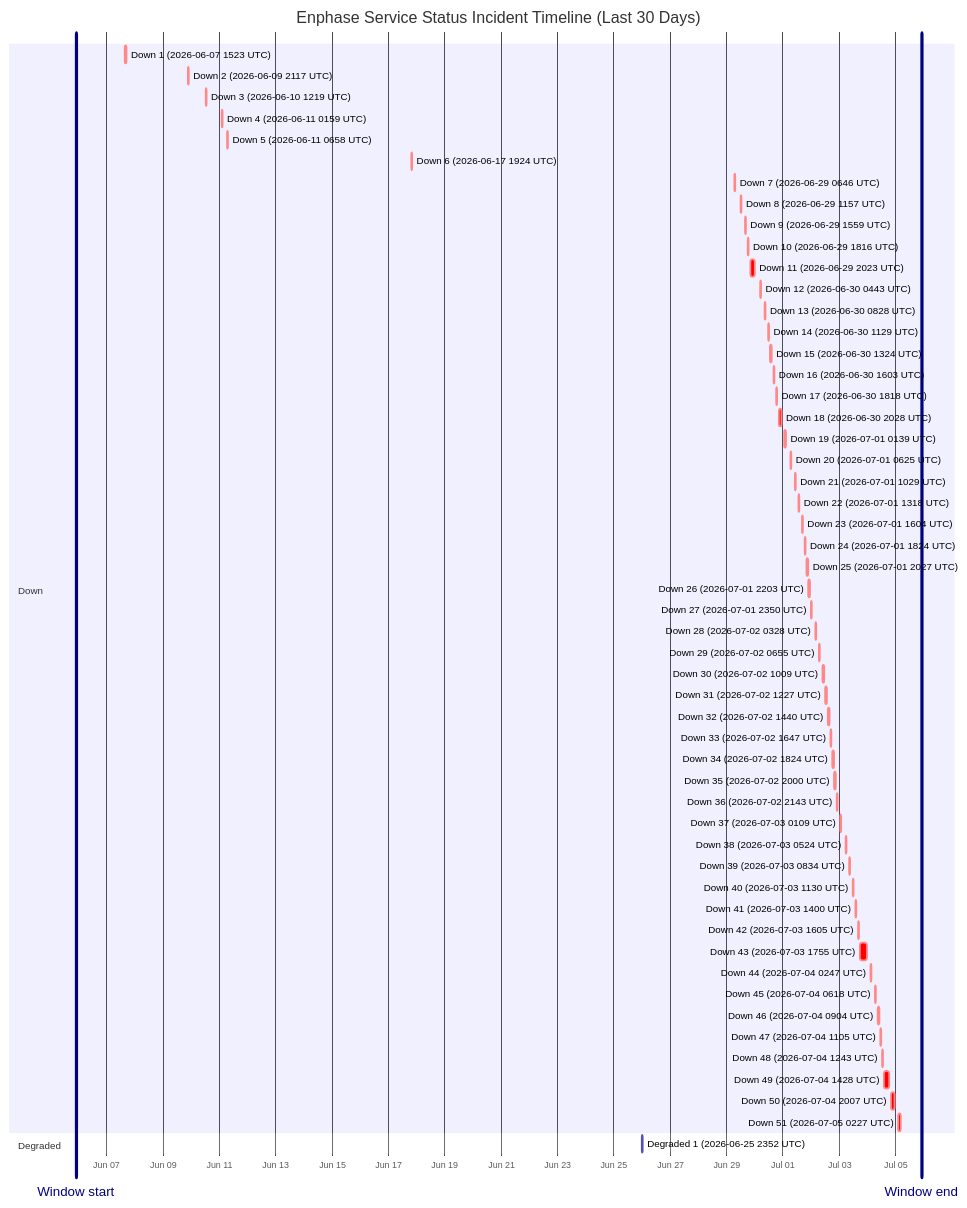
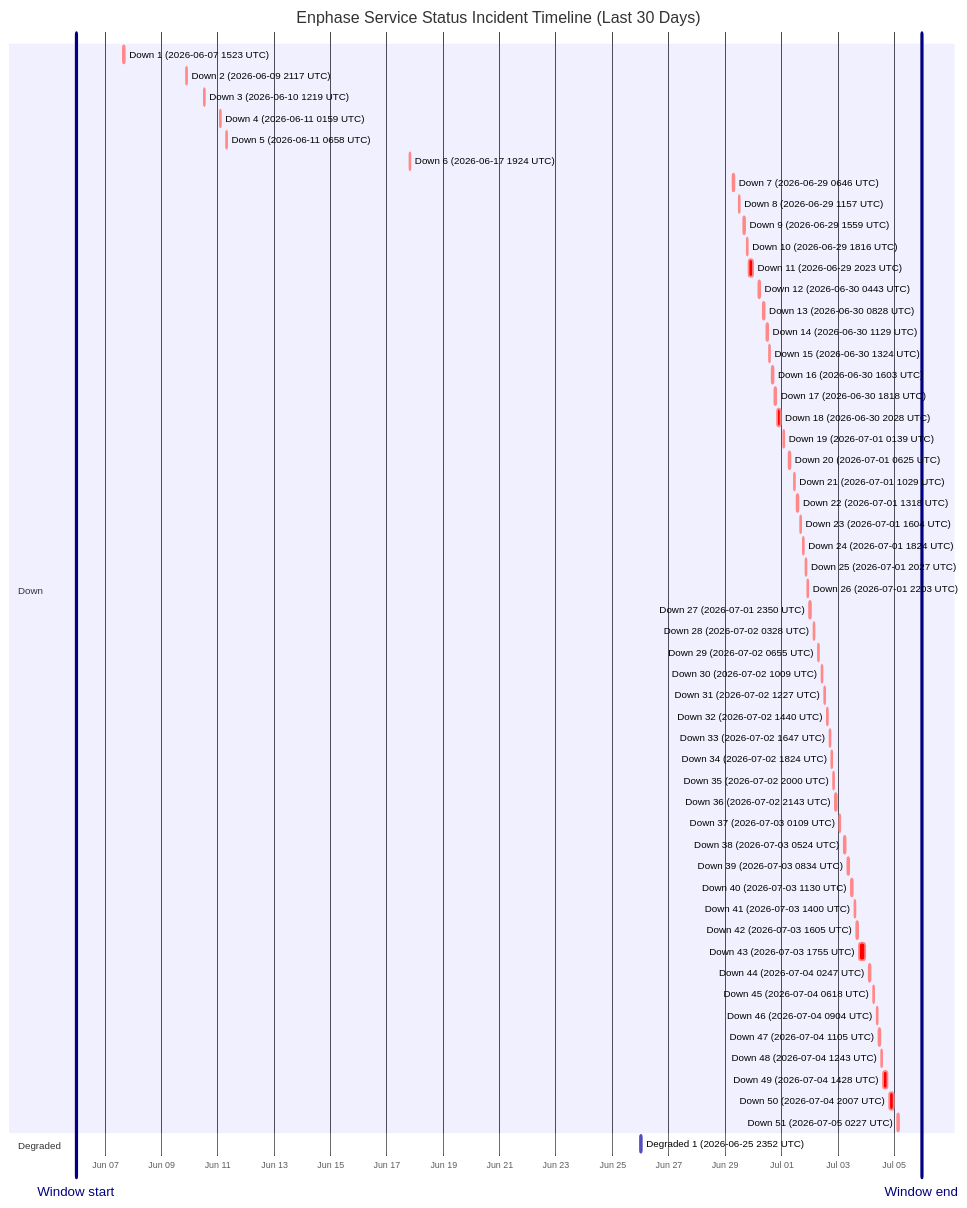
One commit to barneyonline/ha-enphase-energy changed the diagram in wiki/Service-Status-History.md. Above: the diagram before and after it, drawn with Mermaid. The commit also changed other lines of this file and 3 other files, not shown here.

````diff
--- a/wiki/Service-Status-History.md
+++ b/wiki/Service-Status-History.md
@@ -14,62 +14,62 @@
 ```mermaid
 gantt
     title Enphase Service Status Incident Timeline (Last 30 Days)
     dateFormat  YYYY-MM-DDTHH:mm:ss
     axisFormat  %b %d
-    Window start :vert, window-start, 2026-06-05T22:00:03, 0ms
-    Window end :vert, window-end, 2026-07-05T22:00:03, 0ms
+    Window start :vert, window-start, 2026-06-05T23:11:46, 0ms
+    Window end :vert, window-end, 2026-07-05T23:11:46, 0ms
     section Down
     Down 1 (2026-06-07 1523 UTC) :crit, down-1, 2026-06-07T15:23:22, 87m
     Down 2 (2026-06-09 2117 UTC) :crit, down-2, 2026-06-09T21:17:17, 60m
     Down 3 (2026-06-10 1219 UTC) :crit, down-3, 2026-06-10T12:19:21, 60m
     Down 4 (2026-06-11 0159 UTC) :crit, down-4, 2026-06-11T01:59:36, 60m
     Down 5 (2026-06-11 0658 UTC) :crit, down-5, 2026-06-11T06:58:45, 60m
     Down 6 (2026-06-17 1924 UTC) :crit, down-6, 2026-06-17T19:24:51, 60m
     Down 7 (2026-06-29 0646 UTC) :crit, down-7, 2026-06-29T06:46:18, 60m
     Down 8 (2026-06-29 1157 UTC) :crit, down-8, 2026-06-29T11:57:36, 60m
     Down 9 (2026-06-29 1559 UTC) :crit, down-9, 2026-06-29T15:59:02, 60m
     Down 10 (2026-06-29 1816 UTC) :crit, down-10, 2026-06-29T18:16:38, 60m
     Down 11 (2026-06-29 2023 UTC) :crit, down-11, 2026-06-29T20:23:16, 220m
     Down 12 (2026-06-30 0443 UTC) :crit, down-12, 2026-06-30T04:43:54, 60m
     Down 13 (2026-06-30 0828 UTC) :crit, down-13, 2026-06-30T08:28:43, 60m
     Down 14 (2026-06-30 1129 UTC) :crit, down-14, 2026-06-30T11:29:15, 60m
     Down 15 (2026-06-30 1324 UTC) :crit, down-15, 2026-06-30T13:24:25, 60m
     Down 16 (2026-06-30 1603 UTC) :crit, down-16, 2026-06-30T16:03:26, 60m
     Down 17 (2026-06-30 1818 UTC) :crit, down-17, 2026-06-30T18:18:39, 60m
     Down 18 (2026-06-30 2028 UTC) :crit, down-18, 2026-06-30T20:28:54, 171m
     Down 19 (2026-07-01 0139 UTC) :crit, down-19, 2026-07-01T01:39:18, 60m
     Down 20 (2026-07-01 0625 UTC) :crit, down-20, 2026-07-01T06:25:35, 60m
     Down 21 (2026-07-01 1029 UTC) :crit, down-21, 2026-07-01T10:29:24, 60m
     Down 22 (2026-07-01 1318 UTC) :crit, down-22, 2026-07-01T13:18:31, 60m
     Down 23 (2026-07-01 1604 UTC) :crit, down-23, 2026-07-01T16:04:29, 60m
     Down 24 (2026-07-01 1824 UTC) :crit, down-24, 2026-07-01T18:24:21, 60m
     Down 25 (2026-07-01 2027 UTC) :crit, down-25, 2026-07-01T20:27:17, 60m
     Down 26 (2026-07-01 2203 UTC) :crit, down-26, 2026-07-01T22:03:46, 60m
     Down 27 (2026-07-01 2350 UTC) :crit, down-27, 2026-07-01T23:50:52, 60m
     Down 28 (2026-07-02 0328 UTC) :crit, down-28, 2026-07-02T03:28:33, 60m
     Down 29 (2026-07-02 0655 UTC) :crit, down-29, 2026-07-02T06:55:07, 60m
     Down 30 (2026-07-02 1009 UTC) :crit, down-30, 2026-07-02T10:09:15, 60m
     Down 31 (2026-07-02 1227 UTC) :crit, down-31, 2026-07-02T12:27:49, 60m
     Down 32 (2026-07-02 1440 UTC) :crit, down-32, 2026-07-02T14:40:53, 60m
     Down 33 (2026-07-02 1647 UTC) :crit, down-33, 2026-07-02T16:47:47, 60m
     Down 34 (2026-07-02 1824 UTC) :crit, down-34, 2026-07-02T18:24:26, 60m
     Down 35 (2026-07-02 2000 UTC) :crit, down-35, 2026-07-02T20:00:57, 60m
     Down 36 (2026-07-02 2143 UTC) :crit, down-36, 2026-07-02T21:43:52, 80m
     Down 37 (2026-07-03 0109 UTC) :crit, down-37, 2026-07-03T01:09:19, 60m
     Down 38 (2026-07-03 0524 UTC) :crit, down-38, 2026-07-03T05:24:23, 60m
     Down 39 (2026-07-03 0834 UTC) :crit, down-39, 2026-07-03T08:34:05, 60m
     Down 40 (2026-07-03 1130 UTC) :crit, down-40, 2026-07-03T11:30:41, 60m
     Down 41 (2026-07-03 1400 UTC) :crit, down-41, 2026-07-03T14:00:48, 60m
     Down 42 (2026-07-03 1605 UTC) :crit, down-42, 2026-07-03T16:05:49, 60m
     Down 43 (2026-07-03 1755 UTC) :crit, down-43, 2026-07-03T17:55:54, 338m
     Down 44 (2026-07-04 0247 UTC) :crit, down-44, 2026-07-04T02:47:22, 60m
     Down 45 (2026-07-04 0618 UTC) :crit, down-45, 2026-07-04T06:18:09, 60m
     Down 46 (2026-07-04 0904 UTC) :crit, down-46, 2026-07-04T09:04:41, 60m
     Down 47 (2026-07-04 1105 UTC) :crit, down-47, 2026-07-04T11:05:21, 60m
     Down 48 (2026-07-04 1243 UTC) :crit, down-48, 2026-07-04T12:43:25, 60m
     Down 49 (2026-07-04 1428 UTC) :crit, down-49, 2026-07-04T14:28:07, 243m
     Down 50 (2026-07-04 2007 UTC) :crit, down-50, 2026-07-04T20:07:50, 206m
     Down 51 (2026-07-05 0227 UTC) :crit, down-51, 2026-07-05T02:27:32, 109m
     section Degraded
     Degraded 1 (2026-06-25 2352 UTC) :active, degraded-1, 2026-06-25T23:52:01, 60m
 ```
````
